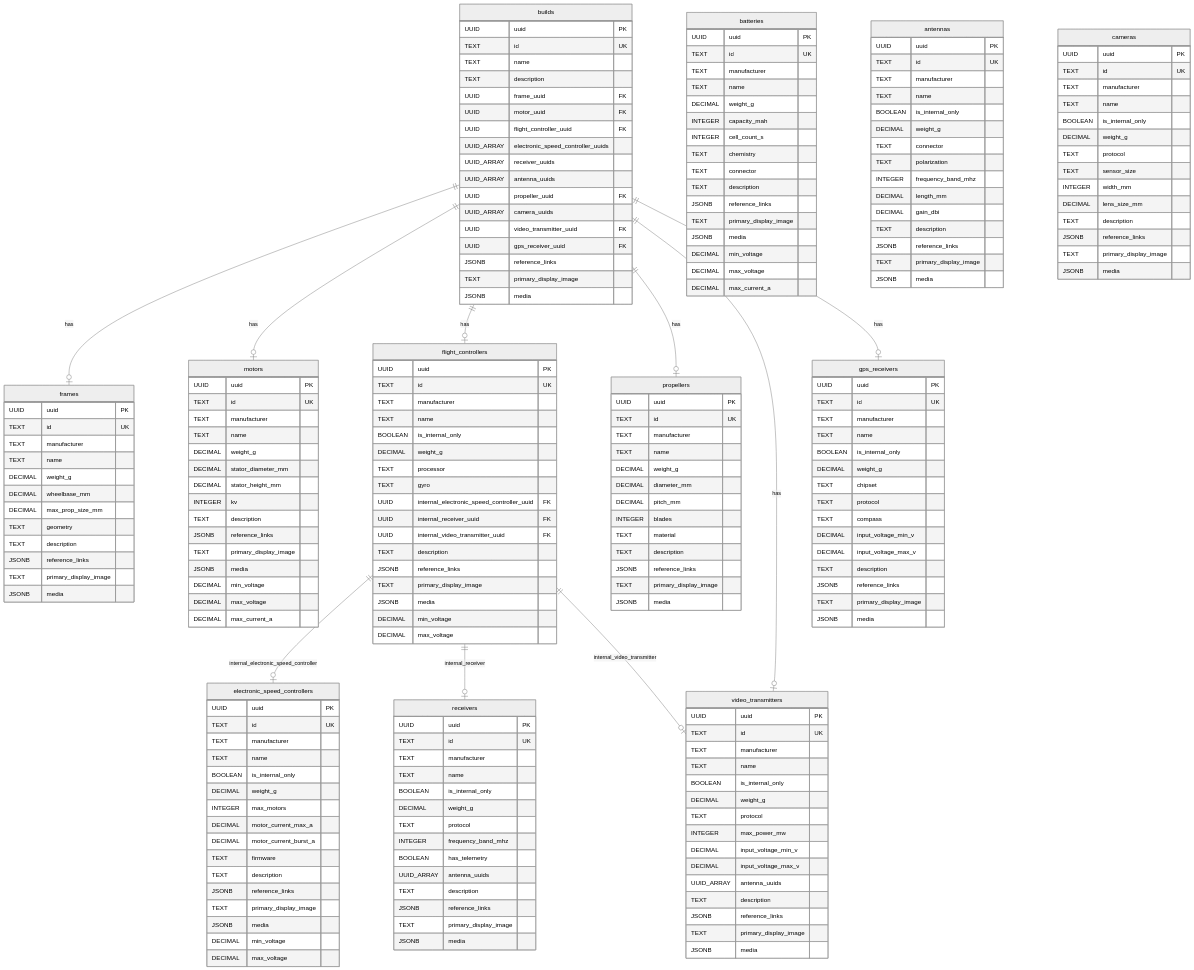
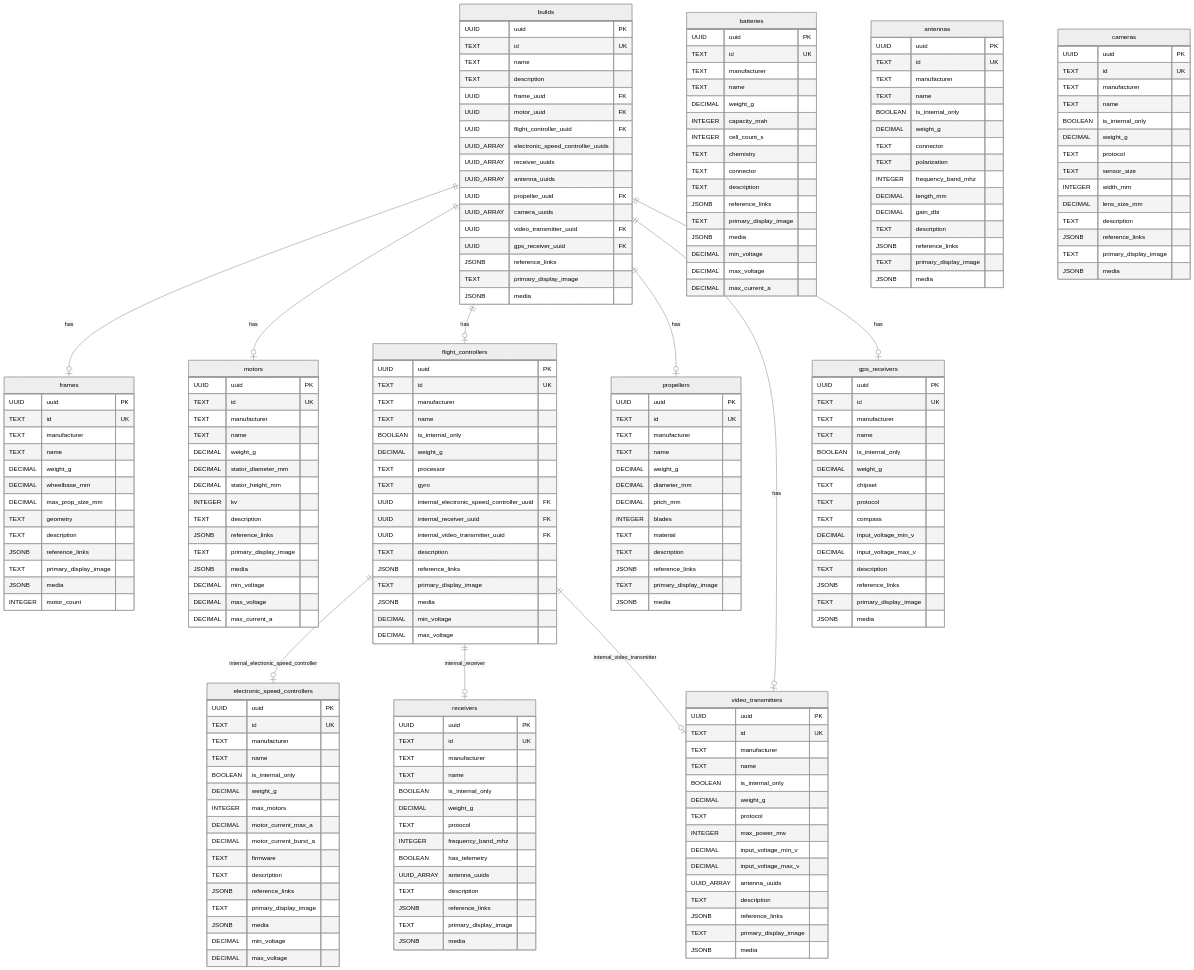
One commit to rohitramu/quadsmith changed the diagram in src/backend/db/diagram.mermaid. Above: the diagram before and after it, drawn with Mermaid (neutral theme). The commit also changed 38 other files, not shown here.

```diff
--- a/src/backend/db/diagram.mermaid
+++ b/src/backend/db/diagram.mermaid
@@ -50,6 +50,7 @@
         JSONB reference_links
         TEXT primary_display_image
         JSONB media
+        INTEGER motor_count
     }
 
     batteries {
```
